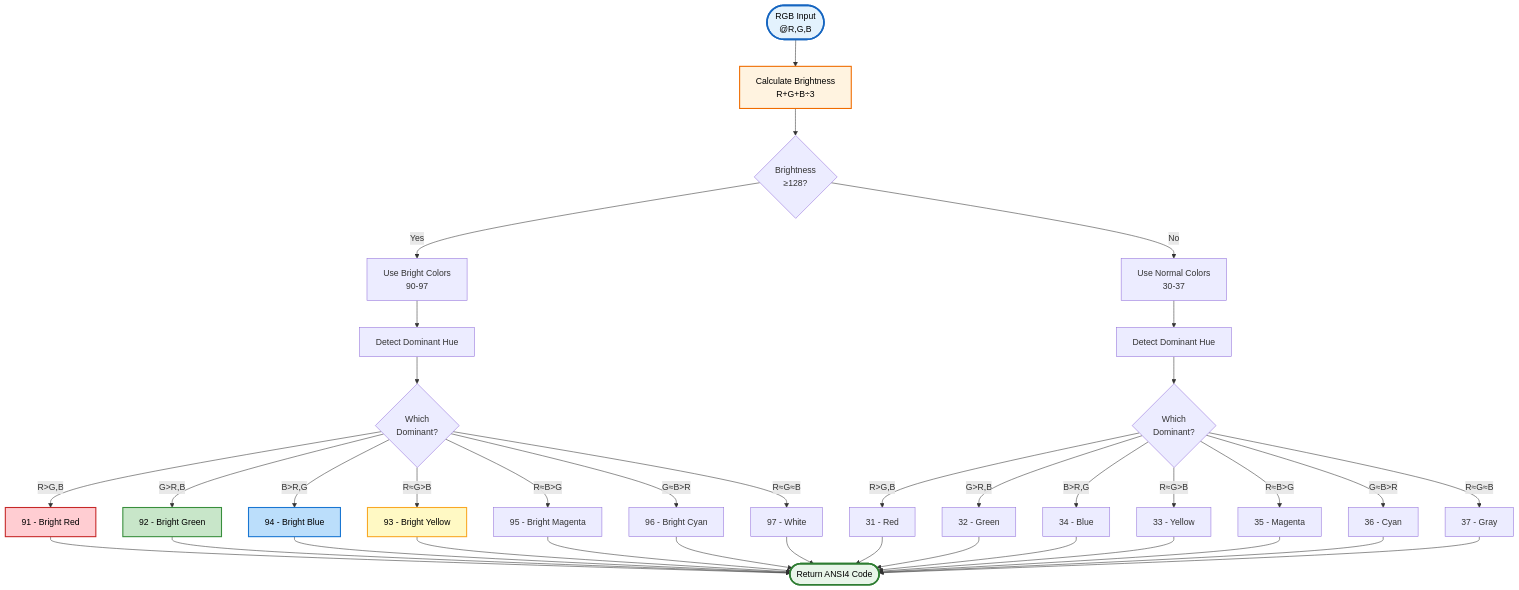
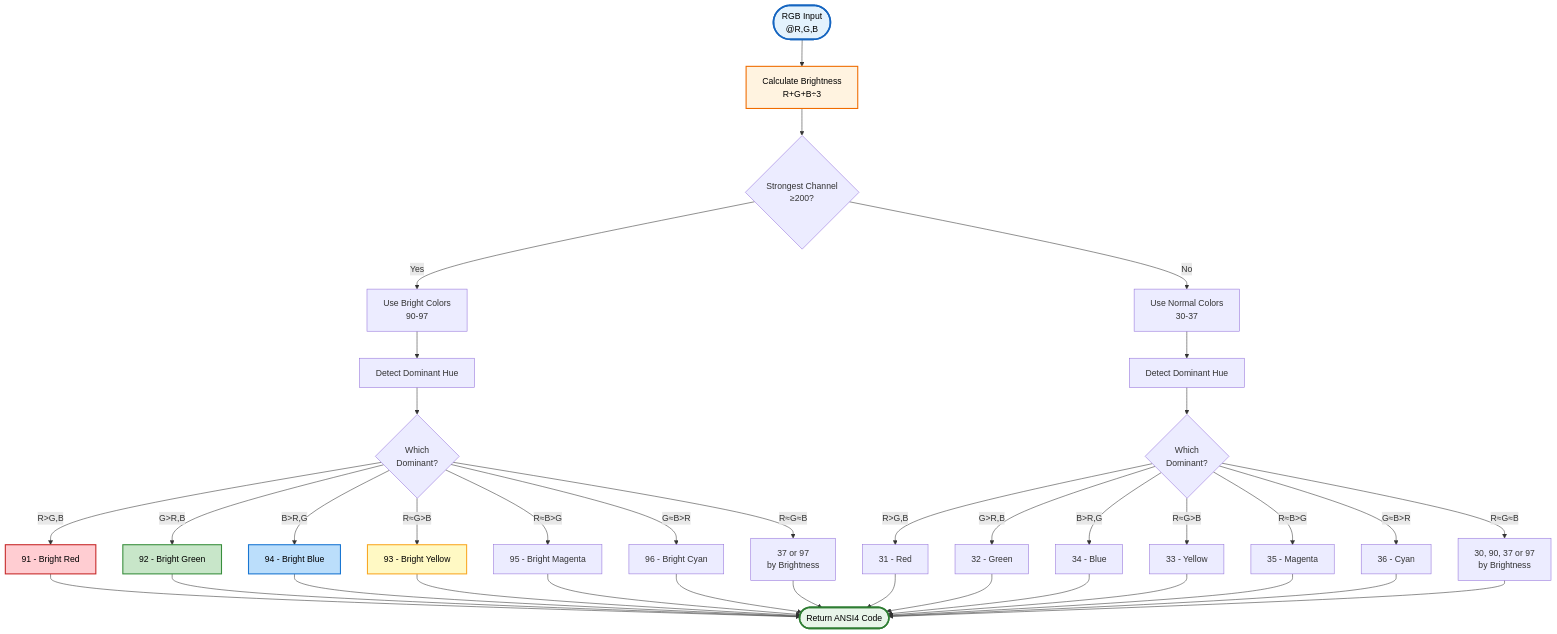
The third of 5 diagrams in Docs/Public/Color-Conversions.md (MarkusMcNugen/PSWriteColorEX), drawn with Mermaid before and after one commit. The commit also changed other lines of this file and 10 other files, not shown here.

````diff
--- a/Docs/Public/Color-Conversions.md
+++ b/Docs/Public/Color-Conversions.md
@@ -289,54 +286,54 @@
 ```mermaid
 graph TD
     Start([RGB Input<br/>@R,G,B]) --> CalcBright[Calculate Brightness<br/>R+G+B÷3]
 
-    CalcBright --> CheckBright{Brightness<br/>≥128?}
+    CalcBright --> CheckBright{Strongest Channel<br/>≥200?}
 
     CheckBright -->|Yes| UseBright[Use Bright Colors<br/>90-97]
     CheckBright -->|No| UseNormal[Use Normal Colors<br/>30-37]
 
     UseBright --> DetectHue1[Detect Dominant Hue]
     UseNormal --> DetectHue2[Detect Dominant Hue]
 
     DetectHue1 --> CheckChannels1{Which<br/>Dominant?}
     DetectHue2 --> CheckChannels2{Which<br/>Dominant?}
 
     CheckChannels1 -->|R>G,B| BrightRed[91 - Bright Red]
     CheckChannels1 -->|G>R,B| BrightGreen[92 - Bright Green]
     CheckChannels1 -->|B>R,G| BrightBlue[94 - Bright Blue]
     CheckChannels1 -->|R≈G>B| BrightYellow[93 - Bright Yellow]
     CheckChannels1 -->|R≈B>G| BrightMagenta[95 - Bright Magenta]
     CheckChannels1 -->|G≈B>R| BrightCyan[96 - Bright Cyan]
-    CheckChannels1 -->|R≈G≈B| BrightWhite[97 - White]
+    CheckChannels1 -->|R≈G≈B| BrightWhite[37 or 97<br/>by Brightness]
 
     CheckChannels2 -->|R>G,B| Red[31 - Red]
     CheckChannels2 -->|G>R,B| Green[32 - Green]
     CheckChannels2 -->|B>R,G| Blue[34 - Blue]
     CheckChannels2 -->|R≈G>B| Yellow[33 - Yellow]
     CheckChannels2 -->|R≈B>G| Magenta[35 - Magenta]
     CheckChannels2 -->|G≈B>R| Cyan[36 - Cyan]
-    CheckChannels2 -->|R≈G≈B| Gray[37 - Gray]
+    CheckChannels2 -->|R≈G≈B| Gray[30, 90, 37 or 97<br/>by Brightness]
 
     BrightRed --> Return([Return ANSI4 Code])
     BrightGreen --> Return
     BrightBlue --> Return
     BrightYellow --> Return
     BrightMagenta --> Return
     BrightCyan --> Return
     BrightWhite --> Return
     Red --> Return
     Green --> Return
     Blue --> Return
     Yellow --> Return
     Magenta --> Return
     Cyan --> Return
     Gray --> Return
 
     style Start fill:#e3f2fd,stroke:#1565c0,stroke-width:3px,color:#000
     style Return fill:#e8f5e9,stroke:#2e7d32,stroke-width:3px,color:#000
     style CalcBright fill:#fff3e0,stroke:#ef6c00,stroke-width:2px,color:#000
     style BrightRed fill:#ffcdd2,stroke:#c62828,stroke-width:2px,color:#000
     style BrightGreen fill:#c8e6c9,stroke:#388e3c,stroke-width:2px,color:#000
     style BrightBlue fill:#bbdefb,stroke:#1976d2,stroke-width:2px,color:#000
     style BrightYellow fill:#fff9c4,stroke:#f9a825,stroke-width:2px,color:#000
 ```
````
